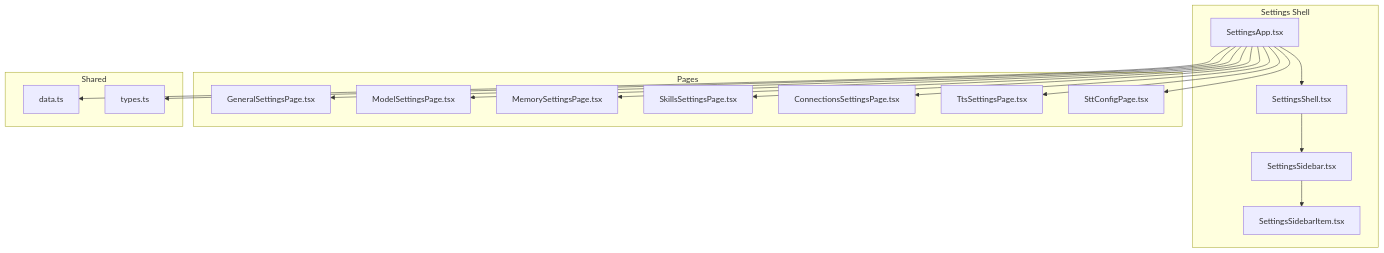
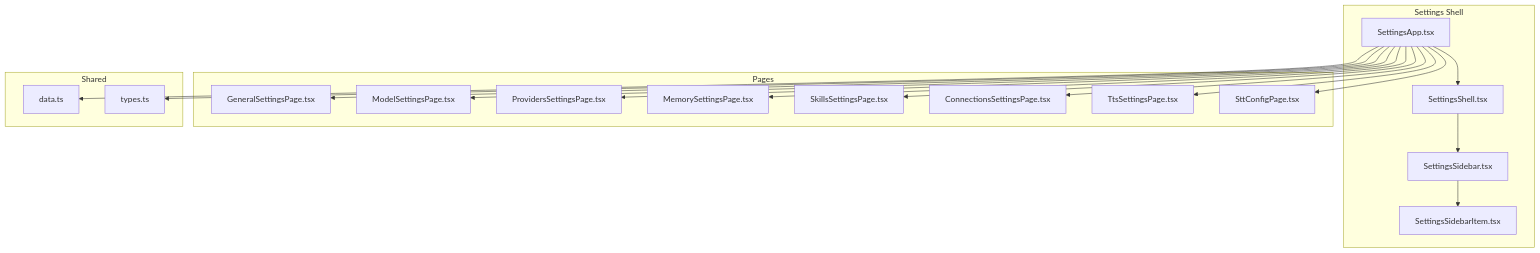
Before and after one commit to novolei/if2Ai: the first of 7 diagrams in .qoder/repowiki/en/content/User Interface Components/Settings & Configuration Management.md, drawn with Mermaid. The commit also changed other lines of this file and 32 other files, not shown here.

````diff
--- a/.qoder/repowiki/en/content/User Interface Components/Settings & Configuration Management.md
+++ b/.qoder/repowiki/en/content/User Interface Components/Settings & Configuration Management.md
@@ -38,34 +50,36 @@
 ```mermaid
 graph TB
 subgraph "Settings Shell"
 A["SettingsApp.tsx"]
 B["SettingsShell.tsx"]
 C["SettingsSidebar.tsx"]
 D["SettingsSidebarItem.tsx"]
 end
 subgraph "Pages"
 P1["GeneralSettingsPage.tsx"]
 P2["ModelSettingsPage.tsx"]
-P3["MemorySettingsPage.tsx"]
-P4["SkillsSettingsPage.tsx"]
-P5["ConnectionsSettingsPage.tsx"]
-P6["TtsSettingsPage.tsx"]
-P7["SttConfigPage.tsx"]
+P3["ProvidersSettingsPage.tsx"]
+P4["MemorySettingsPage.tsx"]
+P5["SkillsSettingsPage.tsx"]
+P6["ConnectionsSettingsPage.tsx"]
+P7["TtsSettingsPage.tsx"]
+P8["SttConfigPage.tsx"]
 end
 subgraph "Shared"
 S1["data.ts"]
 S2["types.ts"]
 end
 A --> B
 B --> C
 C --> D
 A --> P1
 A --> P2
 A --> P3
 A --> P4
 A --> P5
 A --> P6
 A --> P7
+A --> P8
 A --> S1
 A --> S2
 ```
````
